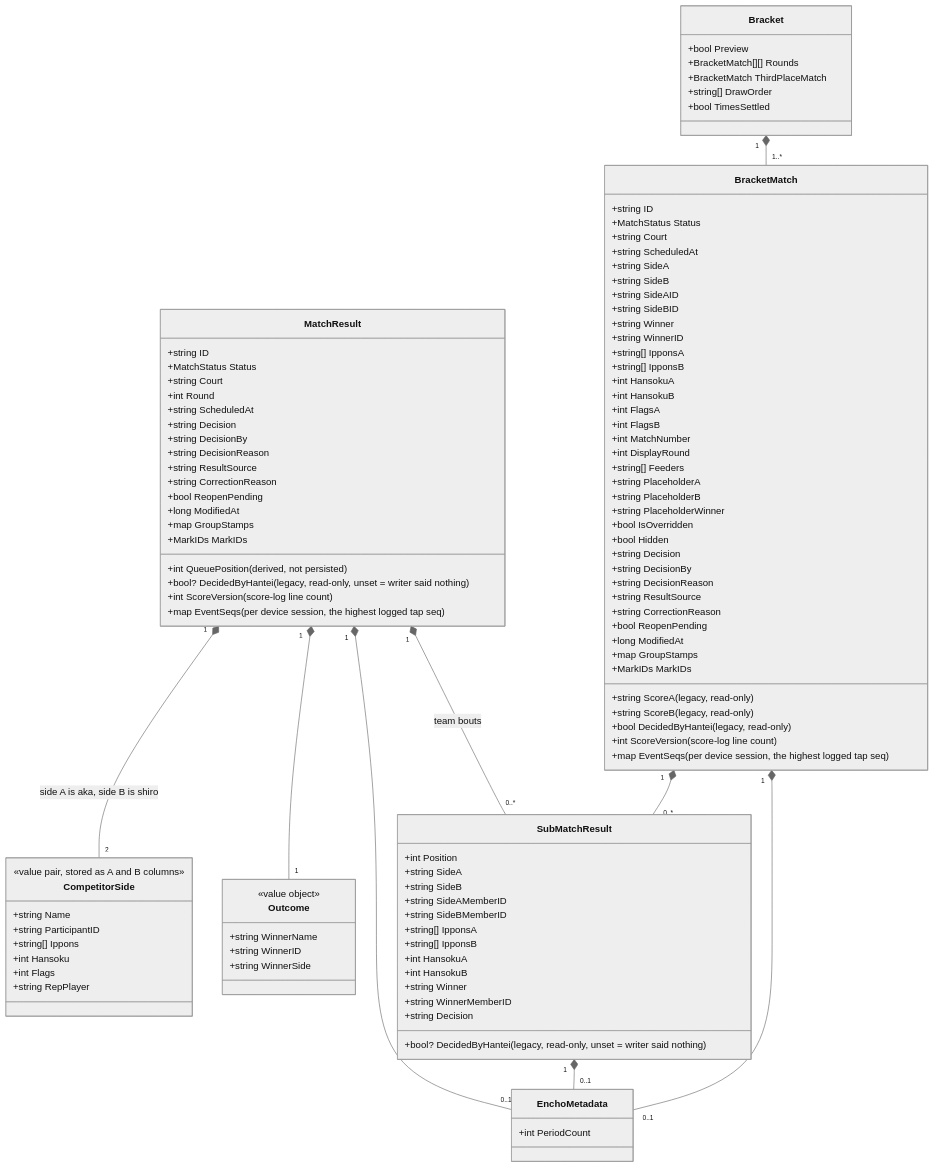
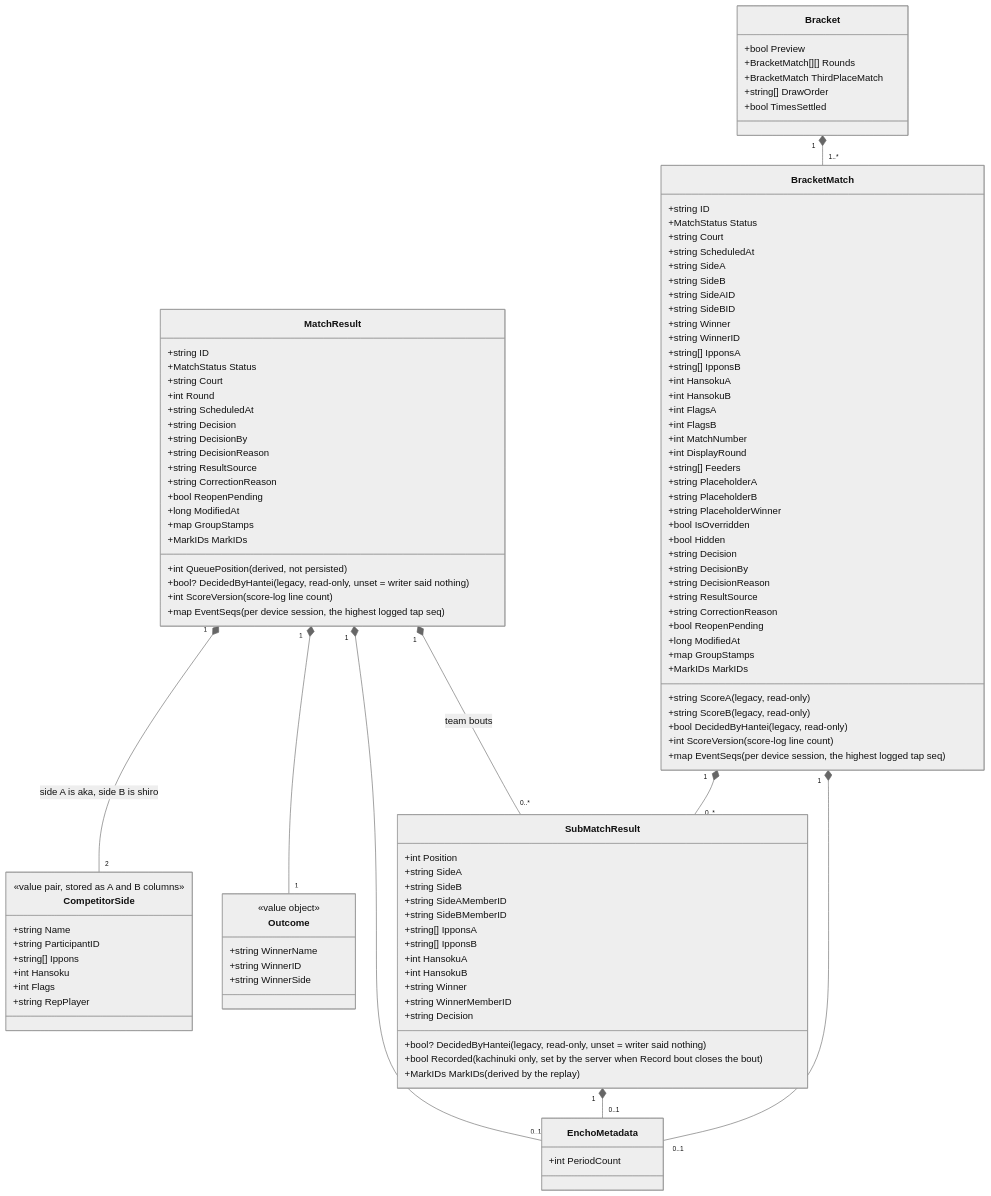
Before and after one commit to gitrgoliveira/bracket-creator: the second of 4 diagrams in docs/architecture/data-model.md, drawn with Mermaid (neutral theme). The commit also changed other lines of this file and 9 other files, not shown here.

```diff
--- a/docs/architecture/data-model.md
+++ b/docs/architecture/data-model.md
@@ -290,6 +290,8 @@
         +string WinnerMemberID
         +string Decision
         +bool? DecidedByHantei (legacy, read-only, unset = writer said nothing)
+        +bool Recorded (kachinuki only, set by the server when Record bout closes the bout)
+        +MarkIDs MarkIDs (derived by the replay)
     }
 
     class EnchoMetadata {
```
